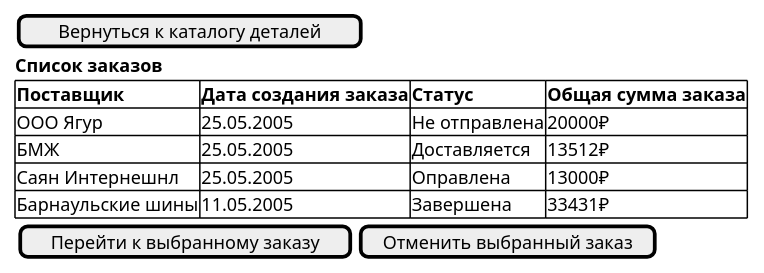
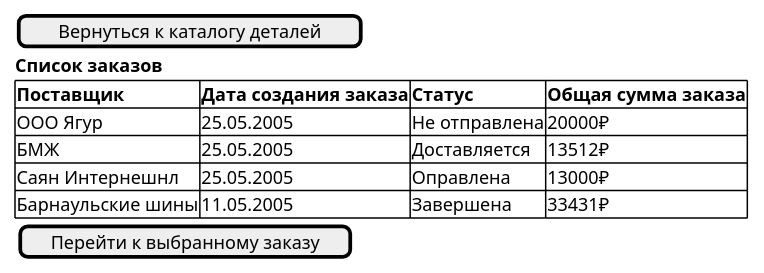
One commit to BombasticFantastik/PIS_Course_work changed the diagram in uml-диаграммы/Администратор/таблица_выбора_заявок.puml. Above: the diagram before and after it, drawn with PlantUML. The commit also changed 21 other files, not shown here.

Commit message:
Добавил базу и 3 диаграммы пригодности (try0)

```diff
--- a/uml-диаграммы/Администратор/таблица_выбора_заявок.puml
+++ b/uml-диаграммы/Администратор/таблица_выбора_заявок.puml
@@ -1,17 +1,17 @@
 @startsalt Список заявок
 {
     [Вернуться к каталогу деталей]
     <b>Список заказов
     {# <b>Поставщик| <b>Дата создания заказа | <b>Статус | <b>Общая сумма заказа
     ООО Ягур|25.05.2005 | Не отправлена | 20000₽ 
     БМЖ|25.05.2005 | Доставляется | 13512₽
     Саян Интернешнл|25.05.2005 | Оправлена | 13000₽
     Барнаульские шины|11.05.2005 | Завершена  | 33431₽
     }
     
     {
-        [Перейти к выбранному заказу]| [Отменить выбранный заказ]
+        [Перейти к выбранному заказу]
     }
     
 }
 @endsalt
```
